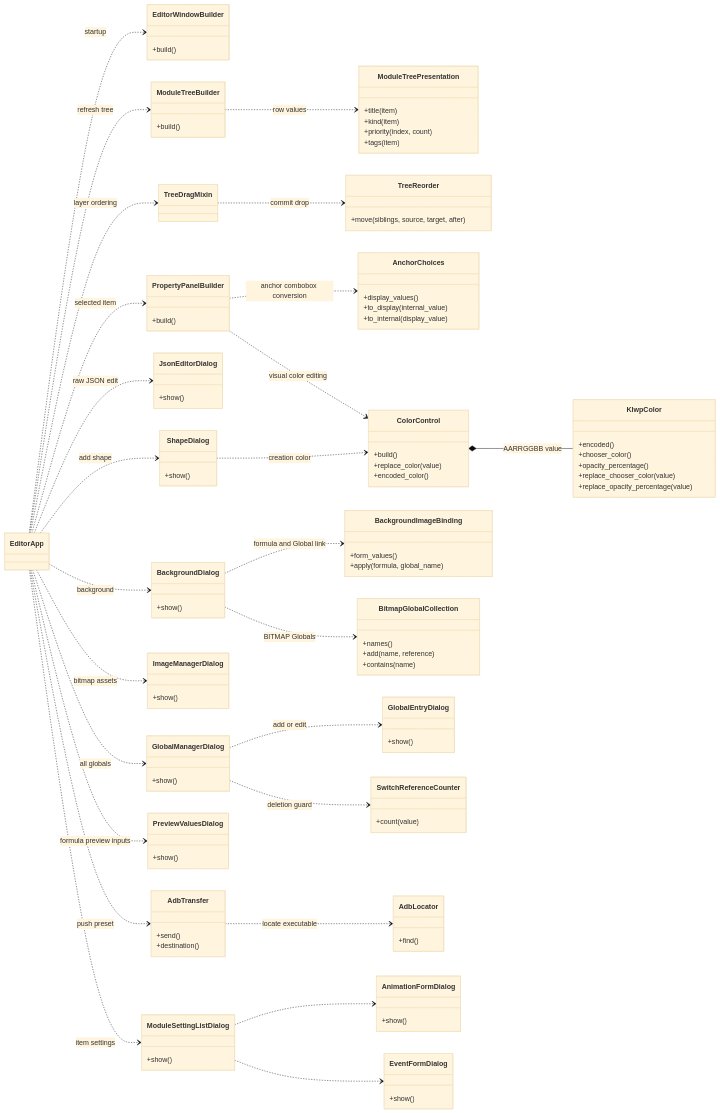
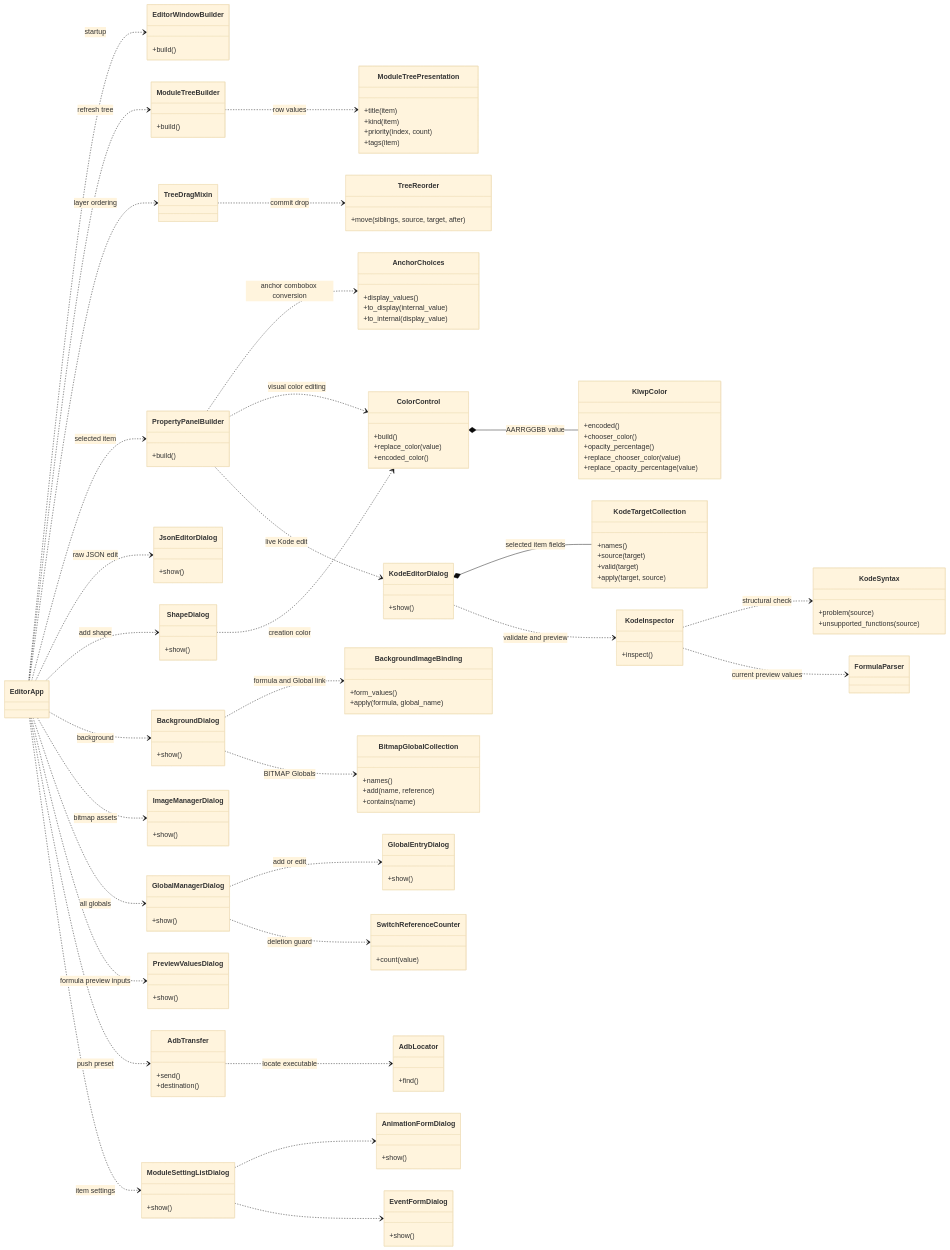
The fifth of 16 diagrams in doc/KLWPエディタ_設計仕様.md (k014c1287/klwp_pc_editor), drawn with Mermaid (base theme) before and after one commit. The commit also changed other lines of this file and 5 other files, not shown here.

```diff
--- a/doc/KLWPエディタ_設計仕様.md
+++ b/doc/KLWPエディタ_設計仕様.md
@@ -532,6 +532,22 @@
     }
     class JsonEditorDialog {
         +show()
+    }
+    class KodeEditorDialog {
+        +show()
+    }
+    class KodeTargetCollection {
+        +names()
+        +source(target)
+        +valid(target)
+        +apply(target, source)
+    }
+    class KodeInspector {
+        +inspect()
+    }
+    class KodeSyntax {
+        +problem(source)
+        +unsupported_functions(source)
     }
     class ShapeDialog {
         +show()
@@ -591,6 +607,11 @@
     ShapeDialog ..> ColorControl : creation color
     ColorControl *-- KlwpColor : AARRGGBB value
     EditorApp ..> JsonEditorDialog : raw JSON edit
+    PropertyPanelBuilder ..> KodeEditorDialog : live Kode edit
+    KodeEditorDialog *-- KodeTargetCollection : selected item fields
+    KodeEditorDialog ..> KodeInspector : validate and preview
+    KodeInspector ..> KodeSyntax : structural check
+    KodeInspector ..> FormulaParser : current preview values
     EditorApp ..> ShapeDialog : add shape
     EditorApp ..> BackgroundDialog : background
     BackgroundDialog ..> BackgroundImageBinding : formula and Global link
```
